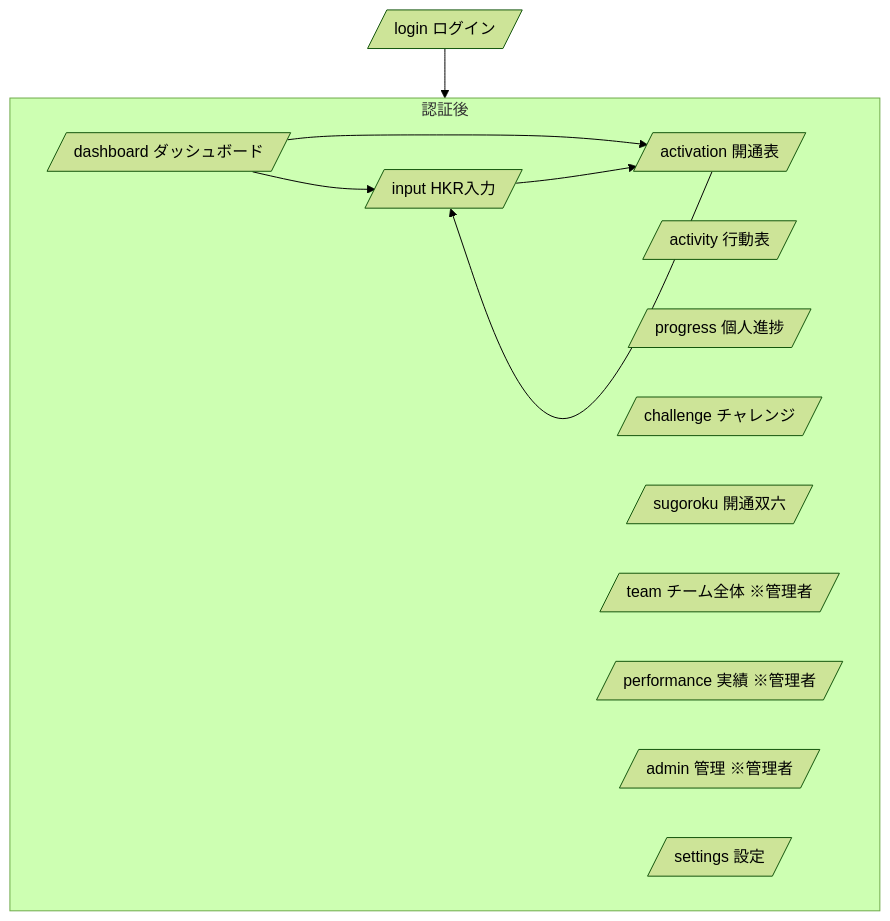
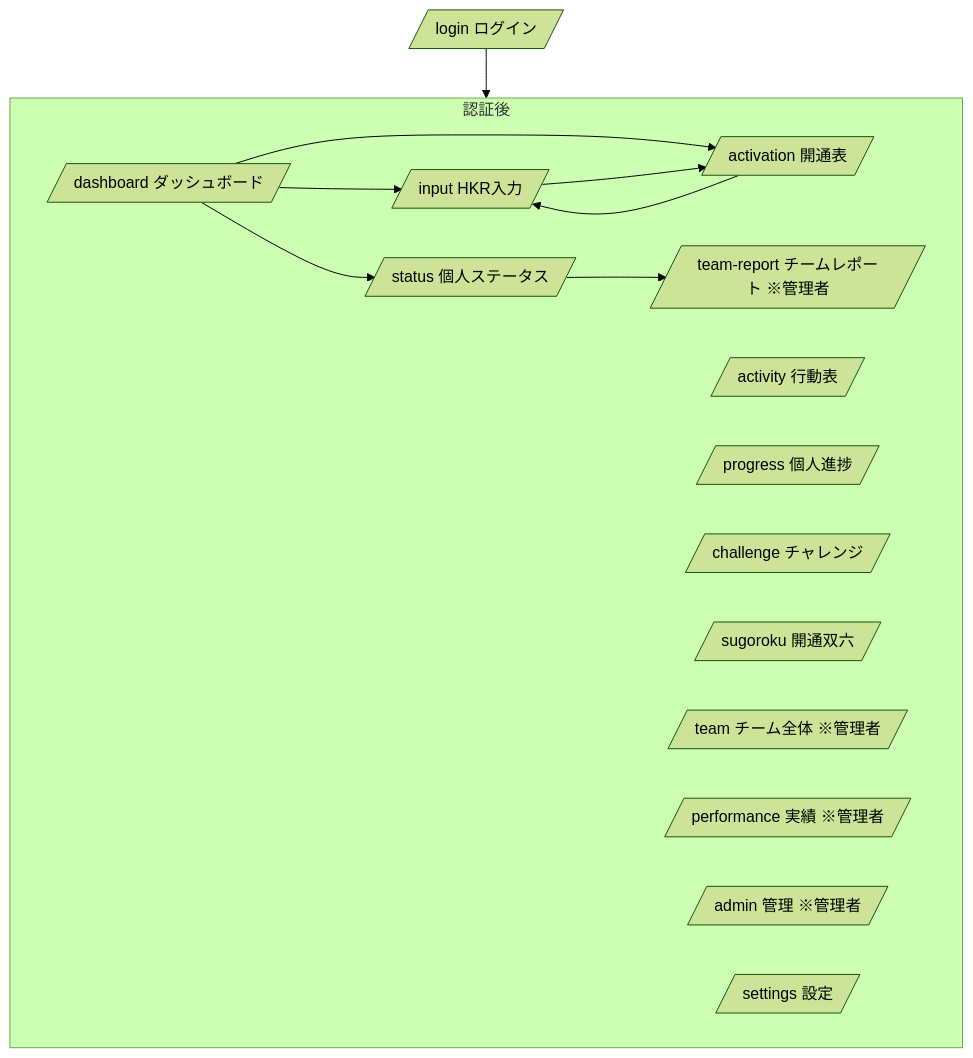
Before and after one commit to Takumi5008/hkr-app: the second of 3 diagrams in docs/functional-design.md, drawn with Mermaid (forest theme). The commit also changed other lines of this file and 5 other files, not shown here.

First line of the commit message:
Update docs, DB schema, and cleanup: monthly_targets table + doc refresh

````diff
--- a/docs/functional-design.md
+++ b/docs/functional-design.md
@@ -114,23 +135,27 @@
 ```mermaid
 graph TD
     Login[/login ログイン/] --> App
 
     subgraph App [認証後]
         Dashboard[/dashboard ダッシュボード/]
         Input[/input HKR入力/]
         Activation[/activation 開通表/]
         Activity[/activity 行動表/]
         Progress[/progress 個人進捗/]
+        Status[/status 個人ステータス/]
         Challenge[/challenge チャレンジ/]
         Sugoroku[/sugoroku 開通双六/]
         Team[/team チーム全体 ※管理者/]
+        TeamReport[/team-report チームレポート ※管理者/]
         Performance[/performance 実績 ※管理者/]
         Admin[/admin 管理 ※管理者/]
         Settings[/settings 設定/]
     end
 
     Dashboard --> Input
     Dashboard --> Activation
+    Dashboard --> Status
     Input --> Activation
     Activation --> Input
+    Status --> TeamReport
 ```
````
